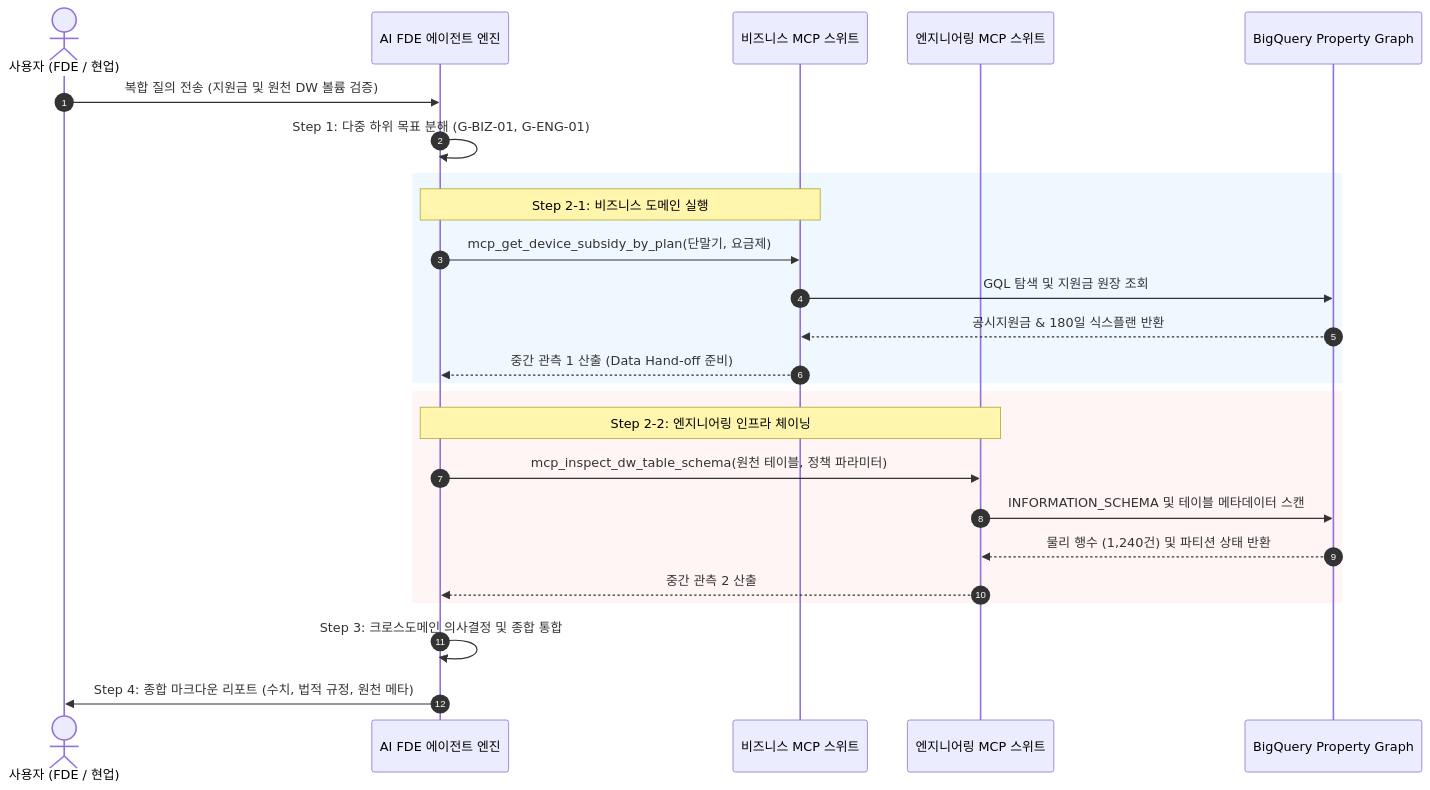
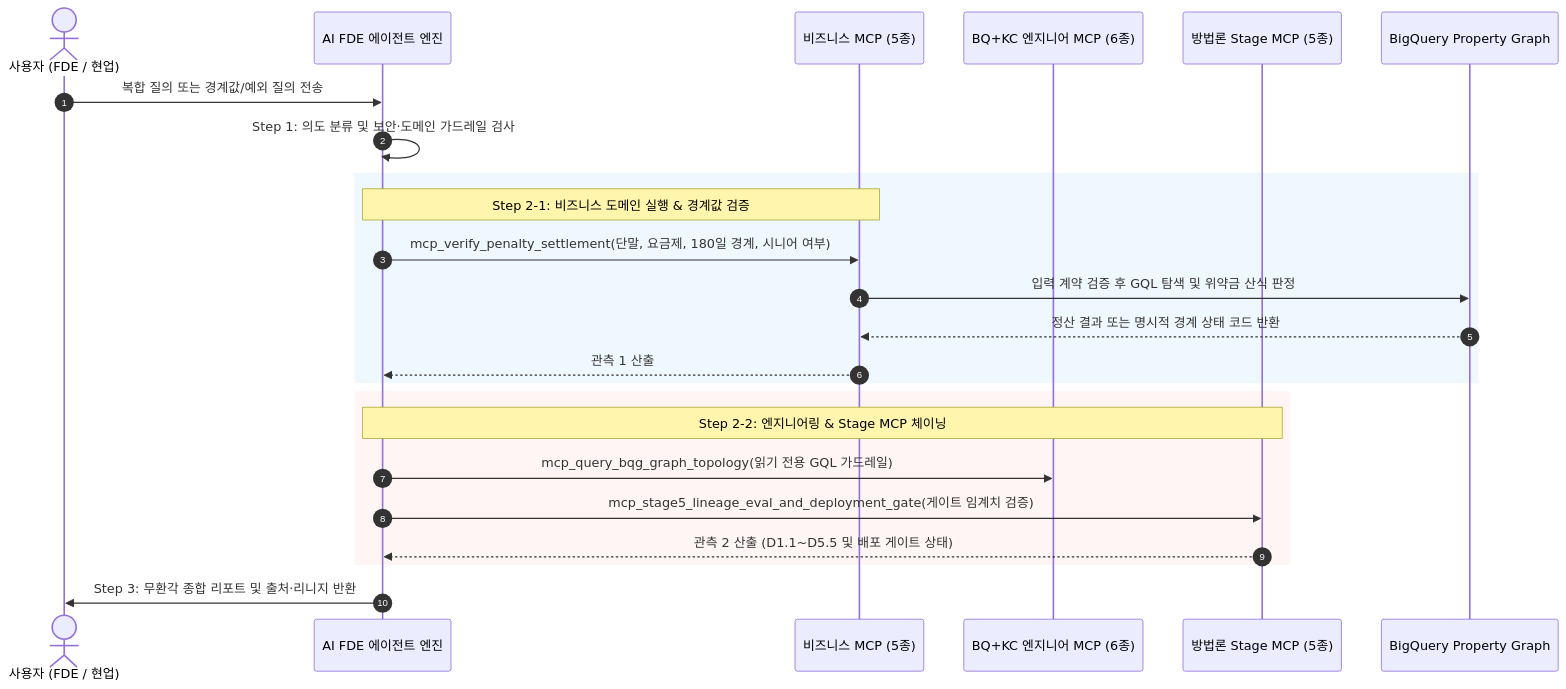
Before and after one commit to seanjungG/agentic-ontology-starter: the sixth of 7 diagrams in methodology/METHODOLOGY_KO.md, drawn with Mermaid. The commit also changed other lines of this file and 36 other files, not shown here.

Commit message:
feat(studio): apply Uplus Ontology Light Enterprise design parity and v2.0 6-Tab/8-MCP/Dual-Graph architecture

````diff
--- a/methodology/METHODOLOGY_KO.md
+++ b/methodology/METHODOLOGY_KO.md
@@ -353,31 +350,30 @@
 ```mermaid
 sequenceDiagram
     autonumber
     actor User as 사용자 (FDE / 현업)
     participant Engine as AI FDE 에이전트 엔진
-    participant BizMCP as 비즈니스 MCP 스위트
-    participant EngMCP as 엔지니어링 MCP 스위트
+    participant BizMCP as 비즈니스 MCP (5종)
+    participant EngMCP as BQ+KC 엔지니어 MCP (6종)
+    participant StgMCP as 방법론 Stage MCP (5종)
     participant BQ as BigQuery Property Graph
 
-    User->>Engine: 복합 질의 전송 (지원금 및 원천 DW 볼륨 검증)
-    Engine->>Engine: Step 1: 다중 하위 목표 분해 (G-BIZ-01, G-ENG-01)
+    User->>Engine: 복합 질의 또는 경계값/예외 질의 전송
+    Engine->>Engine: Step 1: 의도 분류 및 보안·도메인 가드레일 검사
     
     rect rgb(240, 248, 255)
-        Note over Engine,BizMCP: Step 2-1: 비즈니스 도메인 실행
-        Engine->>BizMCP: mcp_get_device_subsidy_by_plan(단말기, 요금제)
-        BizMCP->>BQ: GQL 탐색 및 지원금 원장 조회
-        BQ-->>BizMCP: 공시지원금 & 180일 식스플랜 반환
-        BizMCP-->>Engine: 중간 관측 1 산출 (Data Hand-off 준비)
+        Note over Engine,BizMCP: Step 2-1: 비즈니스 도메인 실행 & 경계값 검증
+        Engine->>BizMCP: mcp_verify_penalty_settlement(단말, 요금제, 180일 경계, 시니어 여부)
+        BizMCP->>BQ: 입력 계약 검증 후 GQL 탐색 및 위약금 산식 판정
+        BQ-->>BizMCP: 정산 결과 또는 명시적 경계 상태 코드 반환
+        BizMCP-->>Engine: 관측 1 산출
     end
 
     rect rgb(255, 245, 245)
-        Note over Engine,EngMCP: Step 2-2: 엔지니어링 인프라 체이닝
-        Engine->>EngMCP: mcp_inspect_dw_table_schema(원천 테이블, 정책 파라미터)
-        EngMCP->>BQ: INFORMATION_SCHEMA 및 테이블 메타데이터 스캔
-        BQ-->>EngMCP: 물리 행수 (1,240건) 및 파티션 상태 반환
-        EngMCP-->>Engine: 중간 관측 2 산출
+        Note over Engine,StgMCP: Step 2-2: 엔지니어링 & Stage MCP 체이닝
+        Engine->>EngMCP: mcp_query_bqg_graph_topology(읽기 전용 GQL 가드레일)
+        Engine->>StgMCP: mcp_stage5_lineage_eval_and_deployment_gate(게이트 임계치 검증)
+        StgMCP-->>Engine: 관측 2 산출 (D1.1~D5.5 및 배포 게이트 상태)
     end
 
-    Engine->>Engine: Step 3: 크로스도메인 의사결정 및 종합 통합
-    Engine->>User: Step 4: 종합 마크다운 리포트 (수치, 법적 규정, 원천 메타)
+    Engine->>User: Step 3: 무환각 종합 리포트 및 출처·리니지 반환
 ```
````
